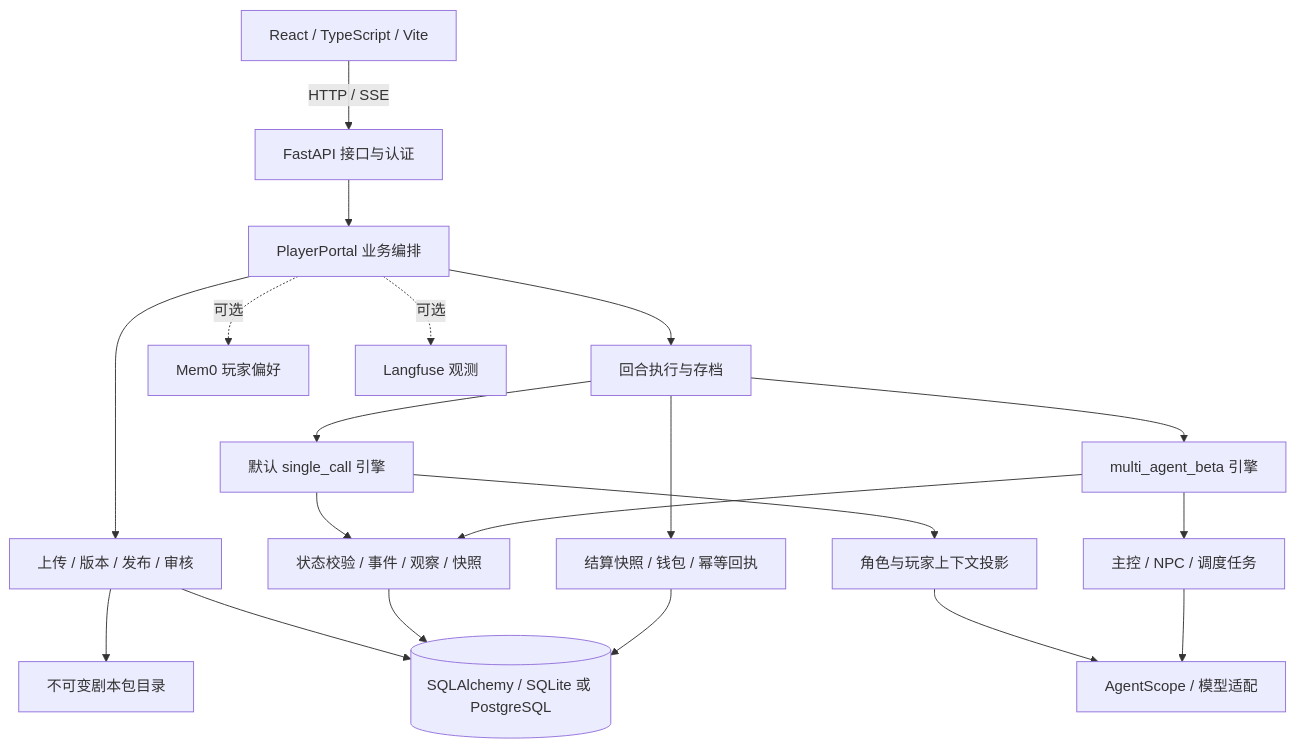
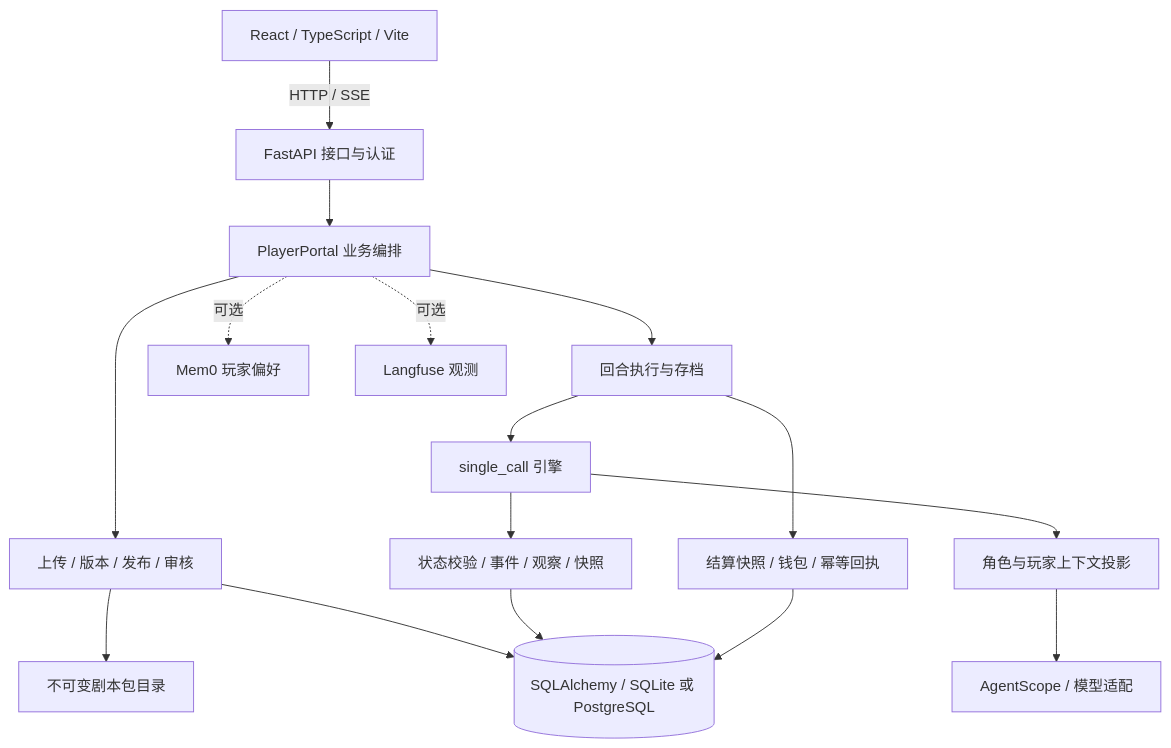
The diagram in docs/architecture.md (lumman0/storyloop), drawn with Mermaid before and after one commit. The commit also changed other lines of this file and 7 other files, not shown here.

````diff
--- a/docs/architecture.md
+++ b/docs/architecture.md
@@ -7,22 +7,18 @@
 ```mermaid
 flowchart TD
     Web[React / TypeScript / Vite] -->|HTTP / SSE| HTTP[FastAPI 接口与认证]
     HTTP --> Portal[PlayerPortal 业务编排]
     Portal --> Content[上传 / 版本 / 发布 / 审核]
     Portal --> Turns[回合执行与存档]
-    Turns --> Single[默认 single_call 引擎]
-    Turns --> Beta[multi_agent_beta 引擎]
+    Turns --> Single[single_call 引擎]
     Single --> Context[角色与玩家上下文投影]
-    Beta --> Agents[主控 / NPC / 调度任务]
     Context --> Models[AgentScope / 模型适配]
-    Agents --> Models
     Single --> State[状态校验 / 事件 / 观察 / 快照]
-    Beta --> State
     Turns --> Settlement[结算快照 / 钱包 / 幂等回执]
     Content --> Packages[不可变剧本包目录]
     Content --> DB[(SQLAlchemy / SQLite 或 PostgreSQL)]
     State --> DB
     Settlement --> DB
     Portal -.可选.-> Memory[Mem0 玩家偏好]
     Portal -.可选.-> Trace[Langfuse 观测]
 ```
````
